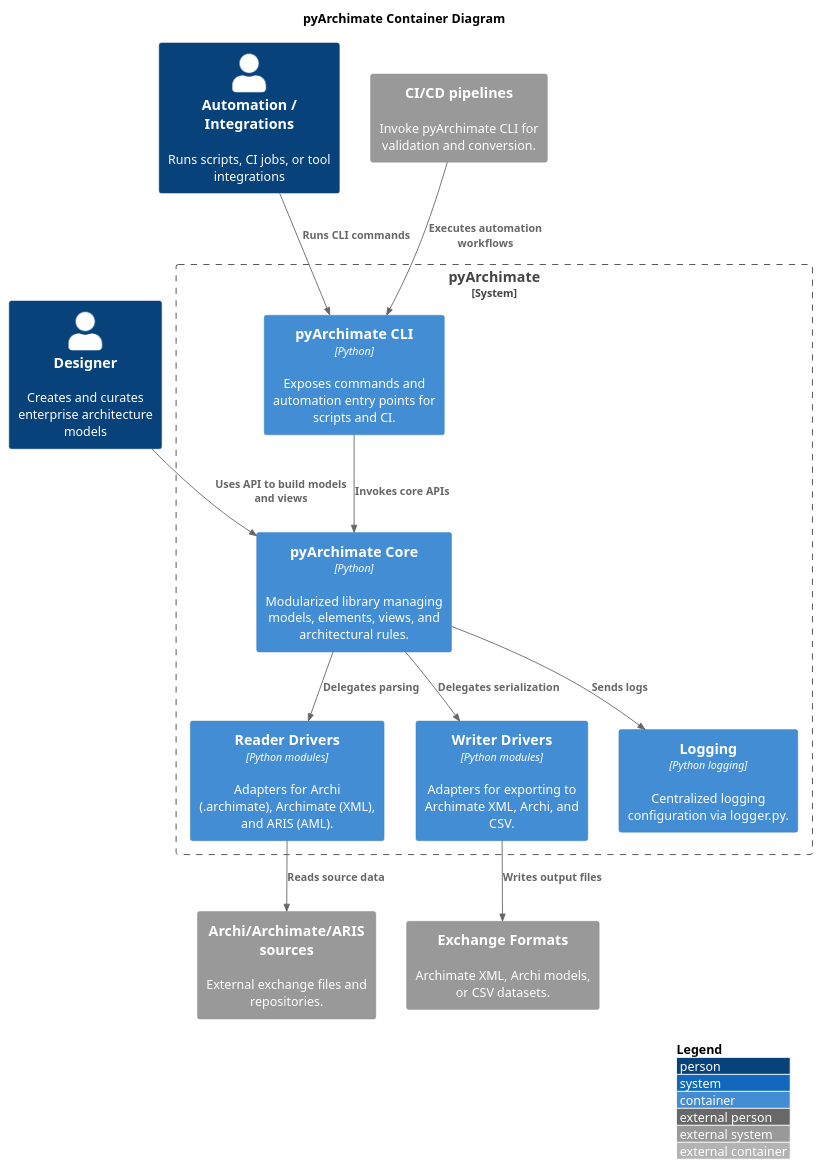
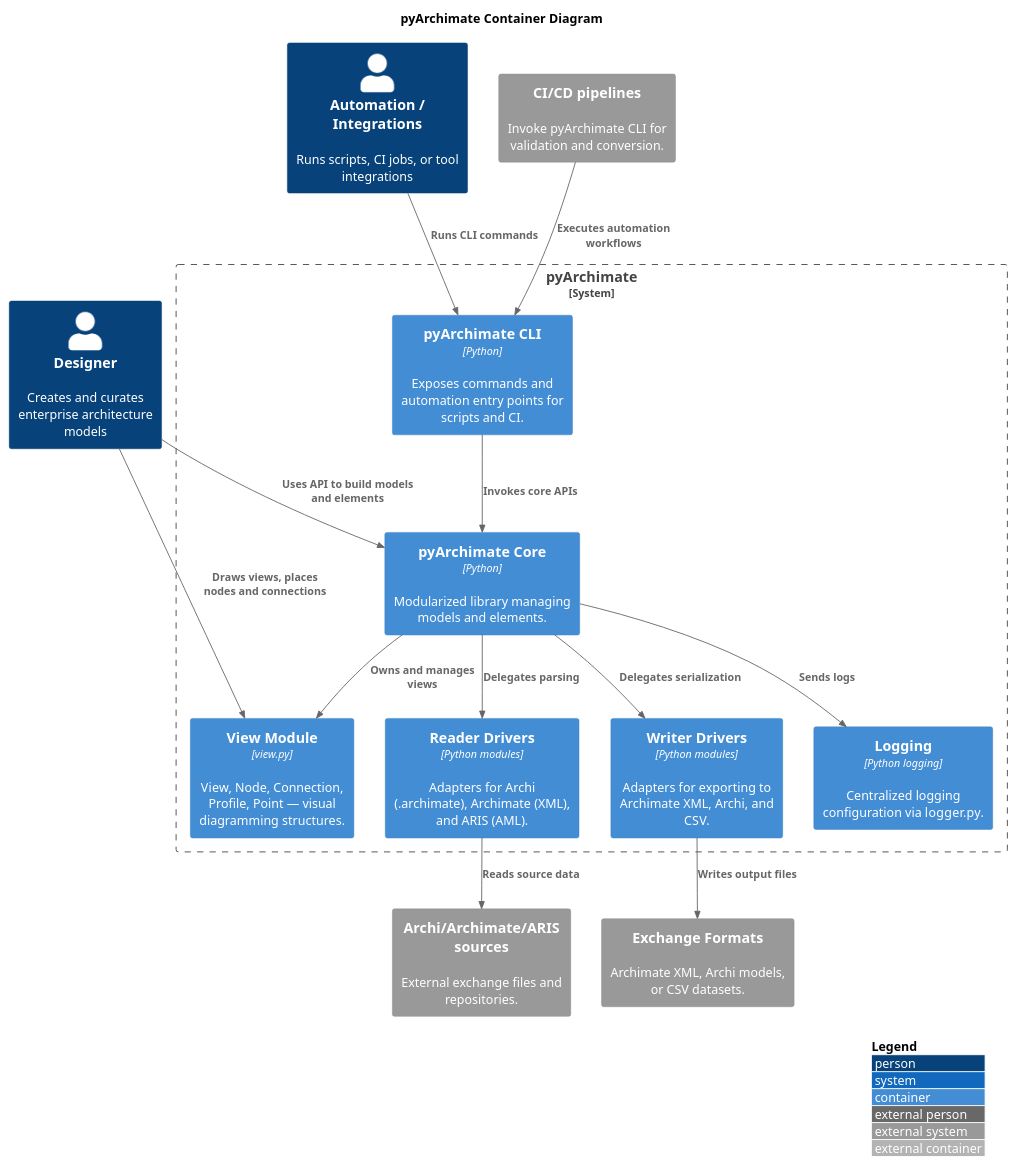
The diagram in docs/diagrams/c4_container.puml (pyArchimate/pyArchimate), drawn with PlantUML before and after one commit. The commit also changed 10 other files, not shown here.

```diff
--- a/docs/diagrams/c4_container.puml
+++ b/docs/diagrams/c4_container.puml
@@ -1,31 +1,34 @@
 @startuml
 !includeurl <C4/C4_Container>
 title pyArchimate Container Diagram
 LAYOUT_WITH_LEGEND()
 
 Person(designer, "Designer", "Creates and curates enterprise architecture models")
 Person(automation, "Automation / Integrations", "Runs scripts, CI jobs, or tool integrations")
 
 System_Boundary(pyArchimateBoundary, "pyArchimate") {
-  Container(pyArchimateLib, "pyArchimate Core", "Python", "Modularized library managing models, elements, views, and architectural rules.")
+  Container(pyArchimateLib, "pyArchimate Core", "Python", "Modularized library managing models and elements.")
+  Container(viewMod, "View Module", "view.py", "View, Node, Connection, Profile, Point — visual diagramming structures.")
   Container(cli, "pyArchimate CLI", "Python", "Exposes commands and automation entry points for scripts and CI.")
   Container(readers, "Reader Drivers", "Python modules", "Adapters for Archi (.archimate), Archimate (XML), and ARIS (AML).")
   Container(writers, "Writer Drivers", "Python modules", "Adapters for exporting to Archimate XML, Archi, and CSV.")
   Container(logger, "Logging", "Python logging", "Centralized logging configuration via logger.py.")
 }
 
 System_Ext(archiFiles, "Archi/Archimate/ARIS sources", "External exchange files and repositories.")
 System_Ext(exportTargets, "Exchange Formats", "Archimate XML, Archi models, or CSV datasets.")
 System_Ext(buildEnv, "CI/CD pipelines", "Invoke pyArchimate CLI for validation and conversion.")
 
-Rel(designer, pyArchimateLib, "Uses API to build models and views")
+Rel(designer, pyArchimateLib, "Uses API to build models and elements")
+Rel(designer, viewMod, "Draws views, places nodes and connections")
 Rel(automation, cli, "Runs CLI commands")
 Rel(cli, pyArchimateLib, "Invokes core APIs")
+Rel(pyArchimateLib, viewMod, "Owns and manages views")
 Rel(pyArchimateLib, readers, "Delegates parsing")
 Rel(pyArchimateLib, writers, "Delegates serialization")
 Rel(pyArchimateLib, logger, "Sends logs")
 Rel(readers, archiFiles, "Reads source data")
 Rel(writers, exportTargets, "Writes output files")
 Rel(buildEnv, cli, "Executes automation workflows")
 
 @enduml
```
